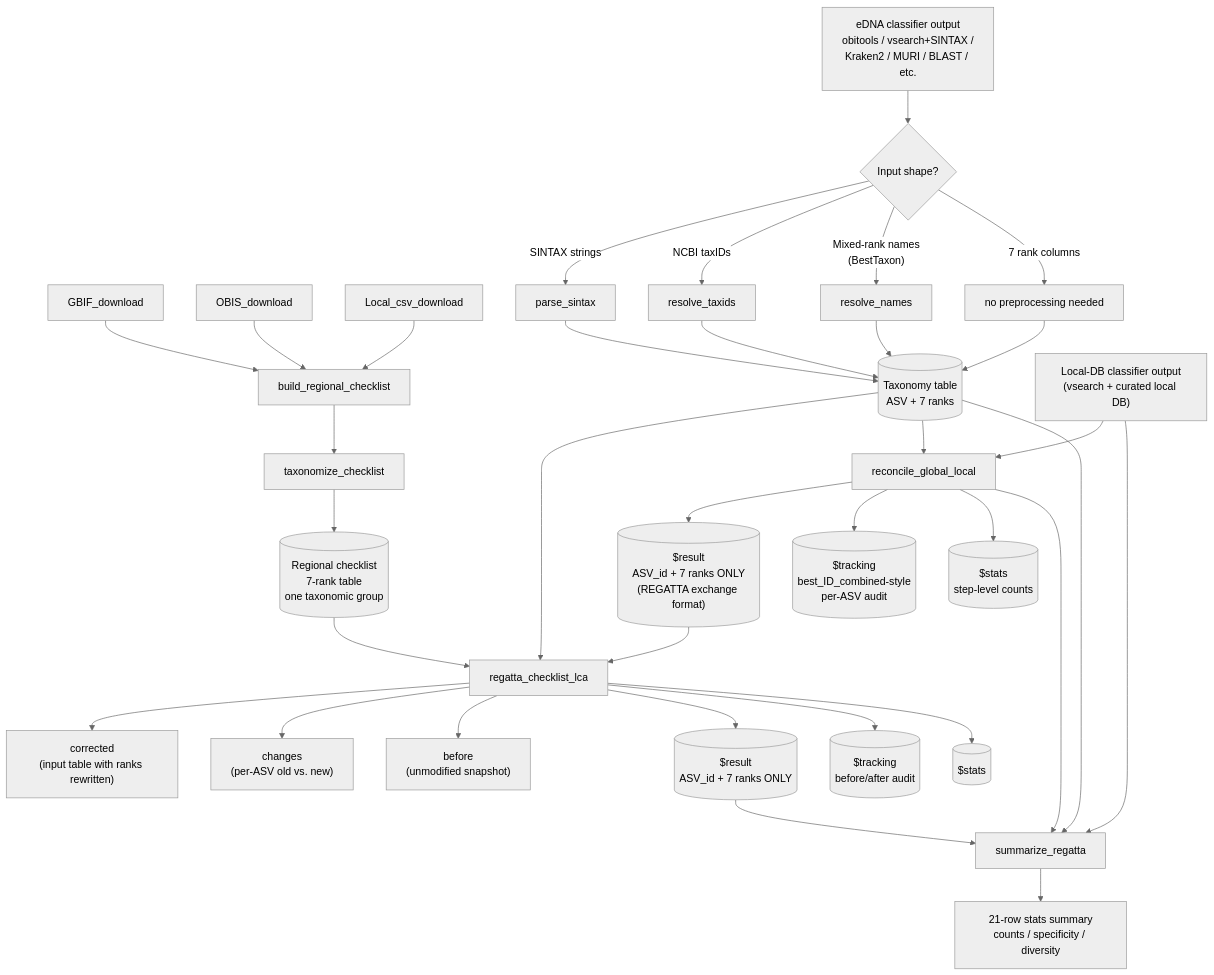
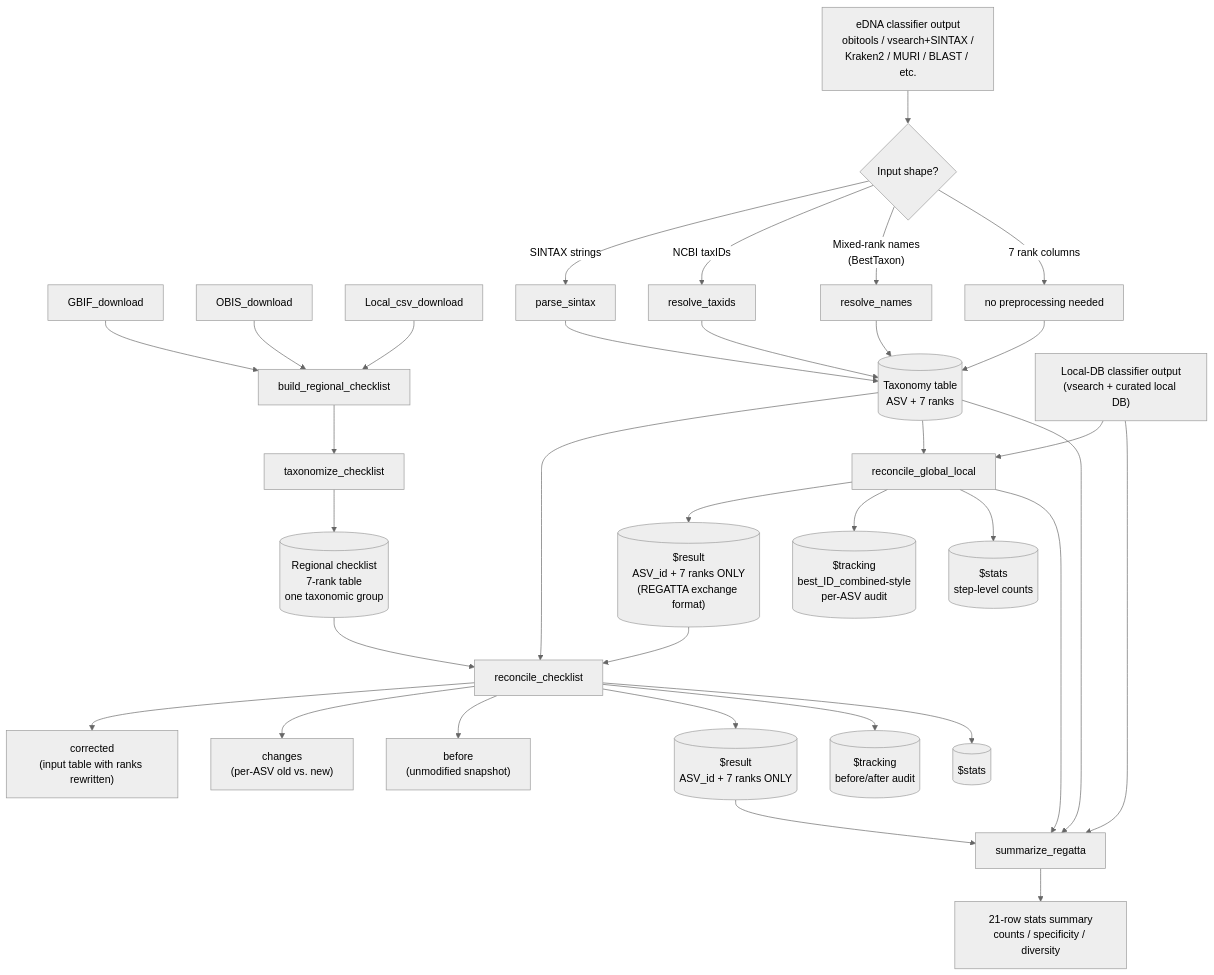
The diagram in README.md (EWisely/REGATTA), drawn with Mermaid (neutral theme) before and after one commit. The commit also changed other lines of this file and 9 other files, not shown here.

First line of the commit message:
Rename regatta_checklist_lca to reconcile_checklist plus add file outputs

````diff
--- a/README.md
+++ b/README.md
@@ -58,40 +58,40 @@
 ```mermaid
 flowchart TD
     A[GBIF_download] --> D[build_regional_checklist]
     B[OBIS_download] --> D
     C[Local_csv_download] --> D
     D --> E[taxonomize_checklist]
     E --> F[("Regional checklist<br/>7-rank table<br/>one taxonomic group")]
 
     G["eDNA classifier output<br/>obitools / vsearch+SINTAX /<br/>Kraken2 / MURI / BLAST / etc."] --> H{Input shape?}
     H -->|SINTAX strings| I[parse_sintax]
     H -->|NCBI taxIDs| J[resolve_taxids]
     H -->|"Mixed-rank names<br/>(BestTaxon)"| N1[resolve_names]
     H -->|7 rank columns| K[no preprocessing needed]
     I --> L[("Taxonomy table<br/>ASV + 7 ranks")]
     J --> L
     N1 --> L
     K --> L
 
-    F --> M[regatta_checklist_lca]
+    F --> M[reconcile_checklist]
     L --> M
     M --> N["corrected<br/>(input table with ranks rewritten)"]
     M --> O["changes<br/>(per-ASV old vs. new)"]
     M --> P["before<br/>(unmodified snapshot)"]
 
     L2["Local-DB classifier output<br/>(vsearch + curated local DB)"] --> Q[reconcile_global_local]
     L --> Q
     Q --> R1[("$result<br/>ASV_id + 7 ranks ONLY<br/>(REGATTA exchange format)")]
     Q --> R2[("$tracking<br/>best_ID_combined-style<br/>per-ASV audit")]
     Q --> R3[("$stats<br/>step-level counts")]
     R1 --> M
     M --> M1[("$result<br/>ASV_id + 7 ranks ONLY")]
     M --> M2[("$tracking<br/>before/after audit")]
     M --> M3[("$stats")]
 
     M1 --> S[summarize_regatta]
     L --> S
     L2 --> S
     Q --> S
     S --> T["21-row stats summary<br/>counts / specificity / diversity"]
 ```
````
